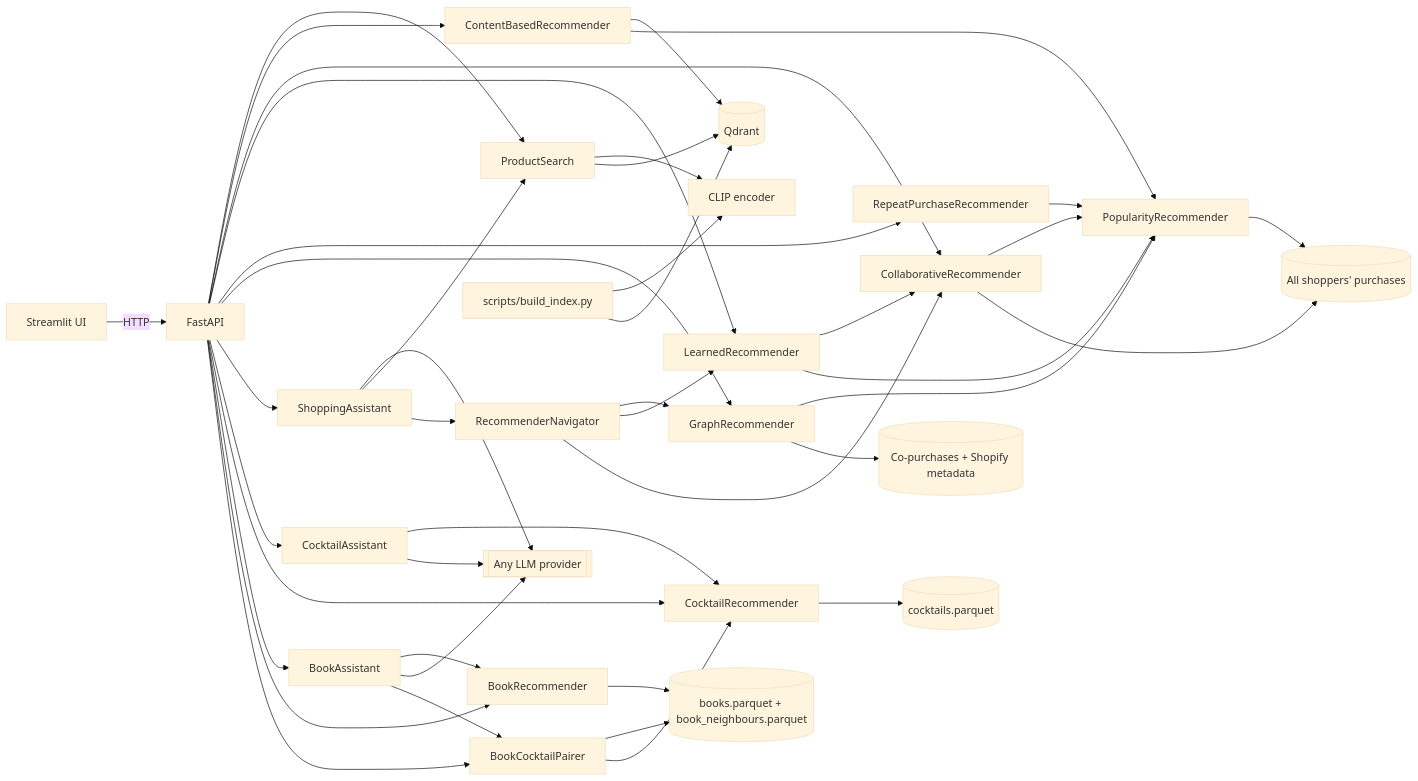
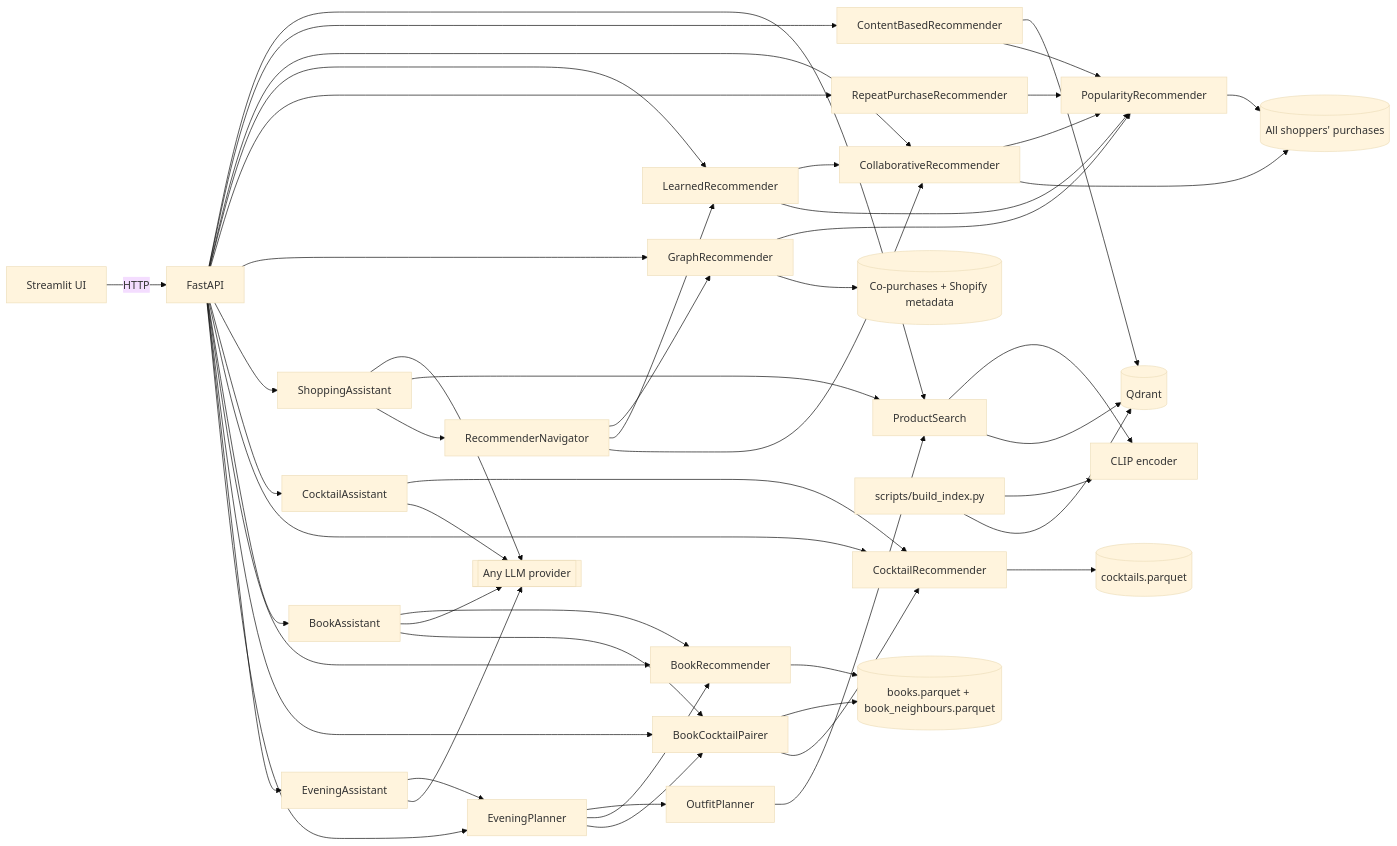
Before and after one commit to yo1am1/curio: the diagram in docs/technical-guide.md, drawn with Mermaid (base theme). The commit also changed other lines of this file and 4 other files, not shown here.

First line of the commit message:
docs: describe Plan my evening across the guide, architecture and contract

````diff
--- a/docs/technical-guide.md
+++ b/docs/technical-guide.md
@@ -329,38 +359,44 @@
 ```mermaid
 flowchart LR
     UI[Streamlit UI] -- HTTP --> API[FastAPI]
     API --> S[ProductSearch]
     API --> CB[ContentBasedRecommender]
     API --> CF[CollaborativeRecommender]
     API --> R[LearnedRecommender]
     API --> RP[RepeatPurchaseRecommender]
     R --> CF & P
     RP --> P
     API --> G[GraphRecommender]
     API --> A[ShoppingAssistant]
     API --> CA[CocktailAssistant]
     API --> CR[CocktailRecommender]
     CR --> CC[(cocktails.parquet)]
     CA --> CR
     CA --> LLM
     API --> BA[BookAssistant]
     API --> BR[BookRecommender]
     BR --> BC[(books.parquet + book_neighbours.parquet)]
     BA --> BR
     BA --> LLM
     API --> PR[BookCocktailPairer]
     BA --> PR
     PR --> BC & CR
+    API --> EA[EveningAssistant]
+    API --> EP[EveningPlanner]
+    EA --> EP
+    EA --> LLM
+    EP --> O[OutfitPlanner] & BR & PR
+    O --> S
     S --> E[CLIP encoder]
     S --> Q[(Qdrant)]
     CB --> Q
     CB & CF --> P[PopularityRecommender]
     CF & P --> SP[(All shoppers' purchases)]
     G --> P
     G --> KG[(Co-purchases + Shopify metadata)]
     A --> LLM[[Any LLM provider]]
     A --> S
     A --> N[RecommenderNavigator]
     N --> G & R & CF
     B[scripts/build_index.py] --> E & Q
 ```
````
